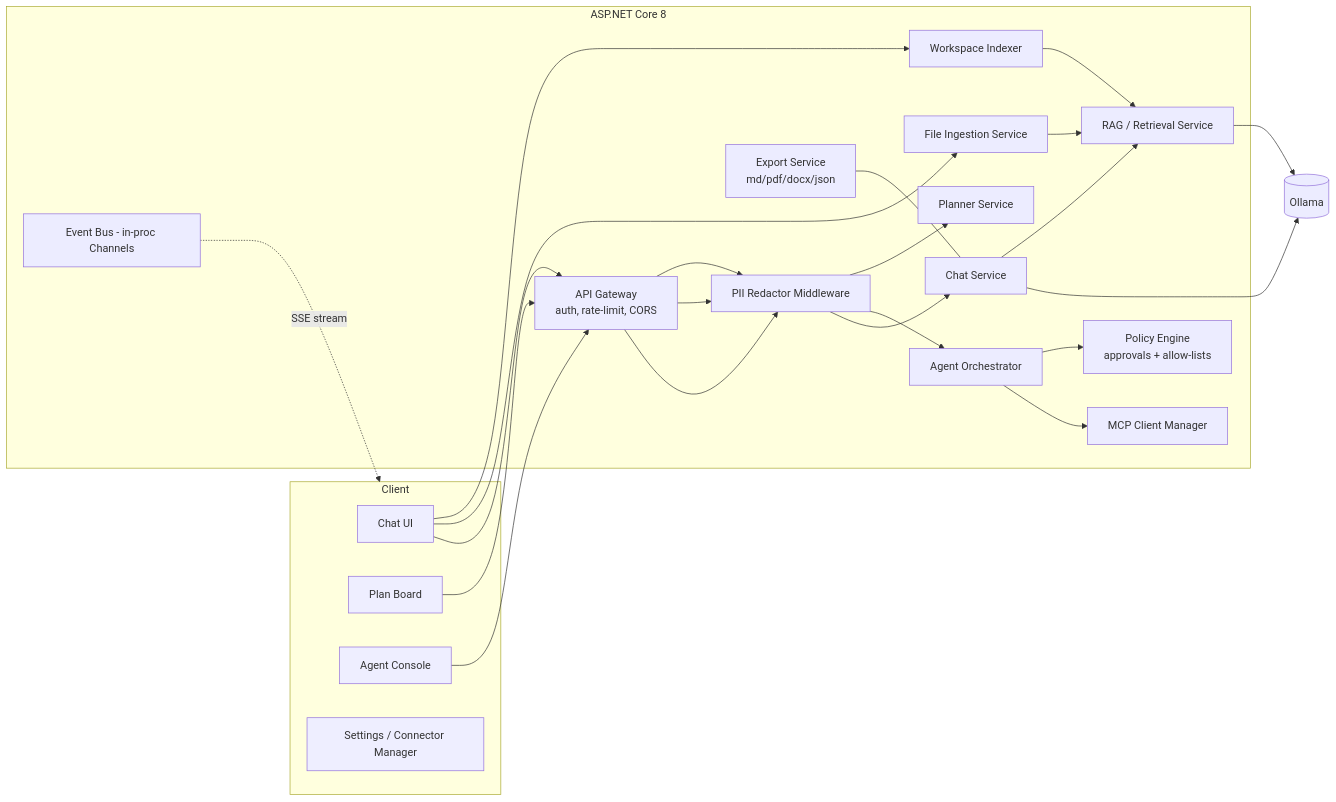
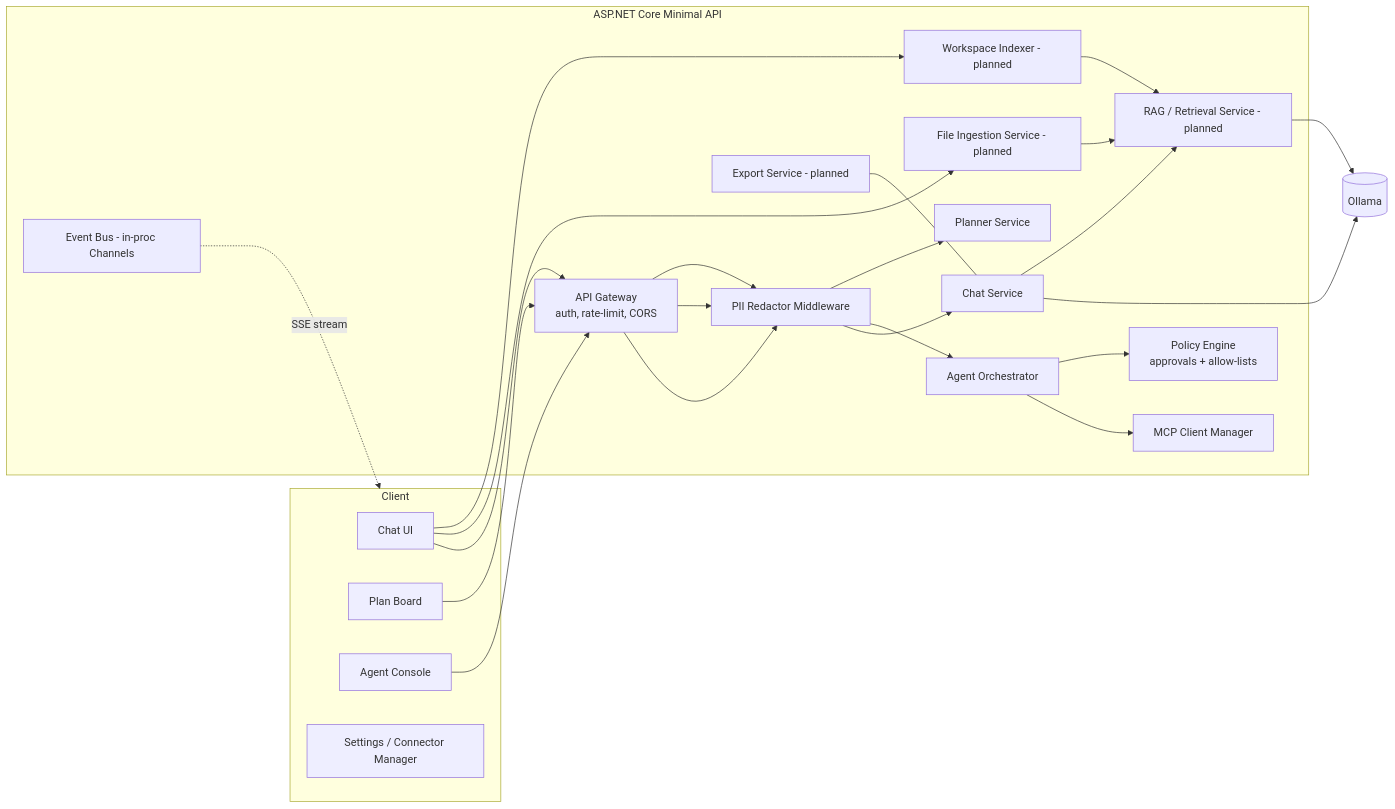
The second of 12 diagrams in eminentai-ollama-copilot-architecture.md (ekanatha-urivakili/EminentAiAgent), drawn with Mermaid before and after one commit. The commit also changed other lines of this file and 58 other files, not shown here.

````diff
--- a/eminentai-ollama-copilot-architecture.md
+++ b/eminentai-ollama-copilot-architecture.md
@@ -97,34 +95,34 @@
 ```mermaid
 flowchart LR
     subgraph Client
         UI[Chat UI]:::c
         PLAN[Plan Board]:::c
         AGT[Agent Console]:::c
         SET[Settings / Connector Manager]:::c
     end
-    subgraph Backend [ASP.NET Core 8]
+    subgraph Backend [ASP.NET Core Minimal API]
         GW[API Gateway\nauth, rate-limit, CORS]
         PII[PII Redactor Middleware]
         CHAT[Chat Service]
         ORCH[Agent Orchestrator]
         PLN[Planner Service]
         MCPC[MCP Client Manager]
-        ING[File Ingestion Service]
-        WIDX[Workspace Indexer]
-        RAGS[RAG / Retrieval Service]
+        ING[File Ingestion Service - planned]
+        WIDX[Workspace Indexer - planned]
+        RAGS[RAG / Retrieval Service - planned]
         POL[Policy Engine\napprovals + allow-lists]
-        EXP[Export Service\nmd/pdf/docx/json]
+        EXP[Export Service - planned]
         EVT[Event Bus - in-proc Channels]
     end
     UI --> GW --> PII --> CHAT --> OLLAMA[(Ollama)]
     AGT --> GW --> PII --> ORCH
     ORCH --> MCPC
     ORCH --> POL
     PLAN --> GW --> PII --> PLN
     UI --> ING --> RAGS --> OLLAMA
     UI --> WIDX --> RAGS
     CHAT --> RAGS
     EXP --- CHAT
     EVT -.SSE stream.-> Client
     classDef c fill:#eef
 ```
````
